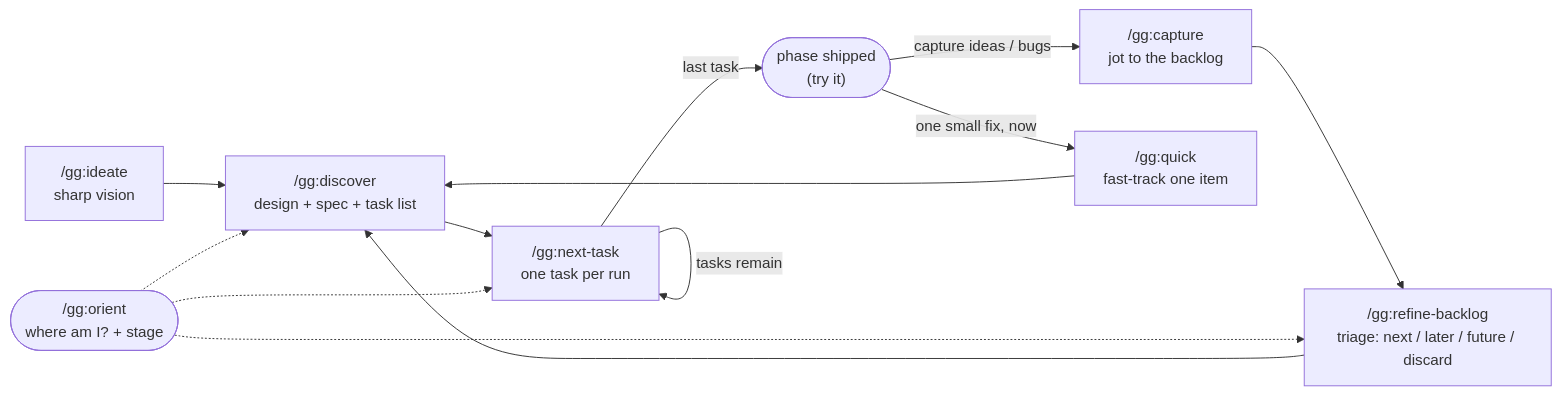
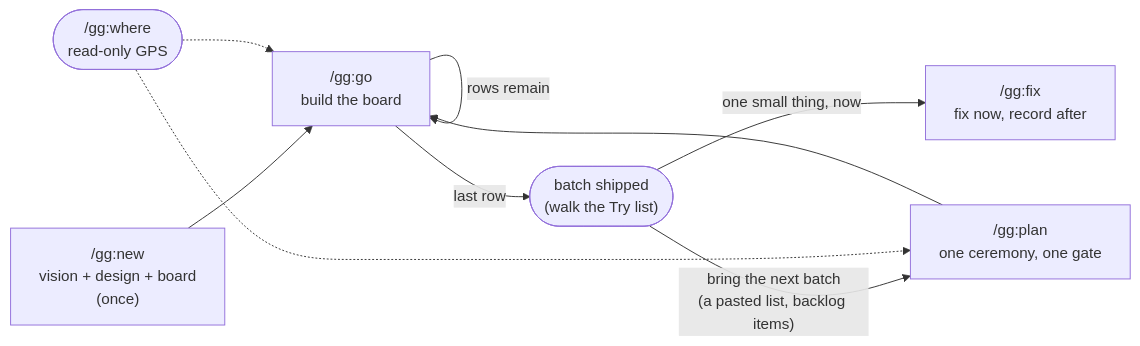
One commit to javimoya/gg changed the diagram in README.md. Above: the diagram before and after it, drawn with Mermaid. The commit also changed other lines of this file and 38 other files, not shown here.

First line of the commit message:
3.0.0 — the lean rebuild: 5 commands, 7 bounded files, history in git, one-gate batches, fix-now lane, stage removed

````diff
--- a/README.md
+++ b/README.md
@@ -78,15 +75,11 @@
 ```mermaid
 flowchart LR
-    I["/gg:ideate<br/>sharp vision"] --> D["/gg:discover<br/>design + spec + task list"]
-    D --> N["/gg:next-task<br/>one task per run"]
-    N -- tasks remain --> N
-    N -- last task --> S(["phase shipped<br/>(try it)"])
-    S -- capture ideas / bugs --> C["/gg:capture<br/>jot to the backlog"]
-    C --> R["/gg:refine-backlog<br/>triage: next / later / future / discard"]
-    R --> D
-    S -- one small fix, now --> Q["/gg:quick<br/>fast-track one item"]
-    Q --> D
-    O(["/gg:orient<br/>where am I? + stage"]) -.-> R
-    O -.-> D
-    O -.-> N
+    N["/gg:new<br/>vision + design + board<br/>(once)"] --> G["/gg:go<br/>build the board"]
+    G -- rows remain --> G
+    G -- last row --> S(["batch shipped<br/>(walk the Try list)"])
+    S -- "bring the next batch<br/>(a pasted list, backlog items)" --> P["/gg:plan<br/>one ceremony, one gate"]
+    P --> G
+    S -- one small thing, now --> F["/gg:fix<br/>fix now, record after"]
+    W(["/gg:where<br/>read-only GPS"]) -.-> P
+    W -.-> G
 ```
````
